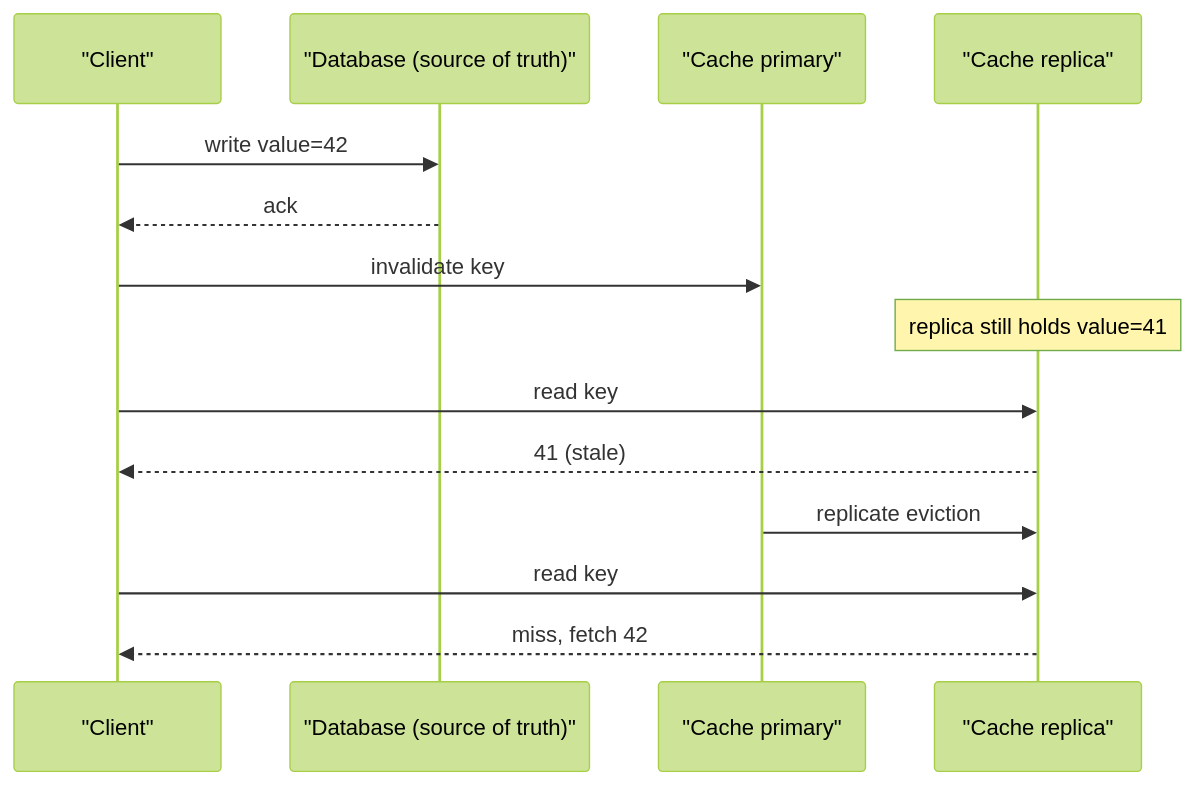
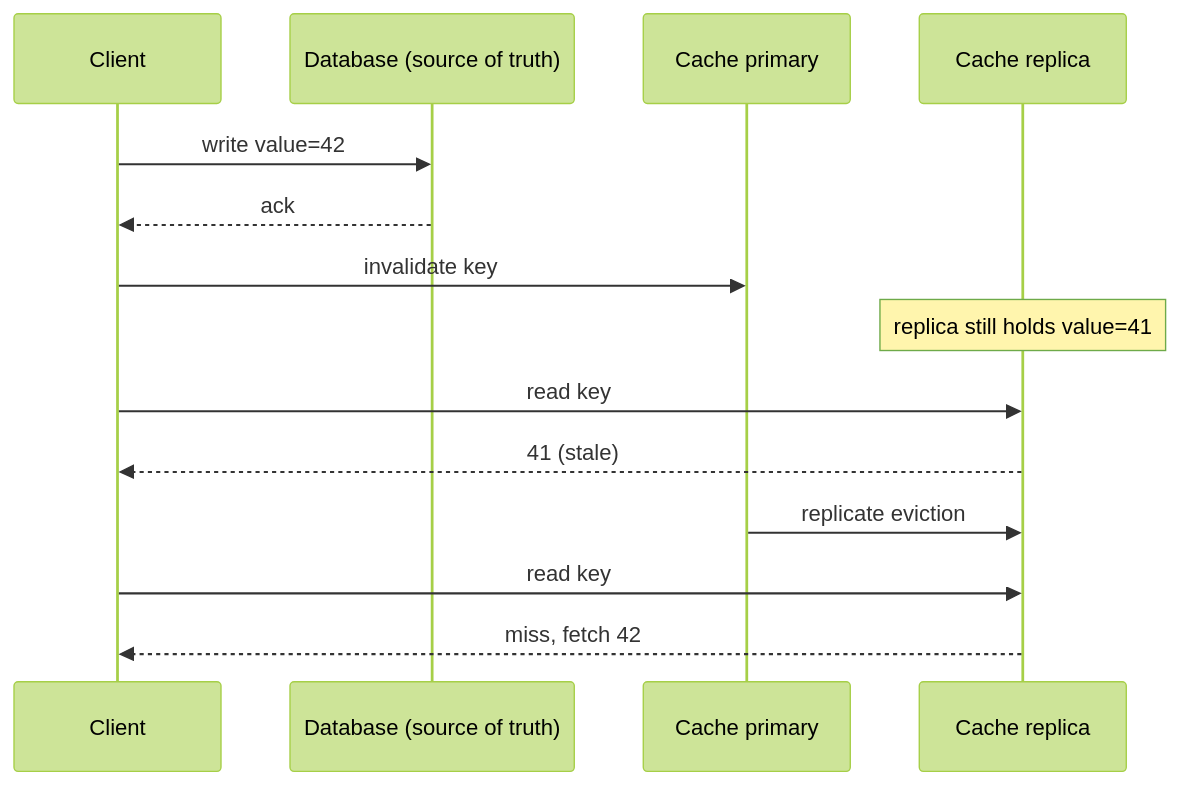
One commit to vabs/vabs.github.io changed the first of 2 diagrams in content/post/eventual-consistency-in-cache.md. Above: the diagram before and after it, drawn with Mermaid (forest theme). The commit also changed other lines of this file and 87 other files, not shown here.

First line of the commit message:
Fix: Readable mermaid diagrams and fact-check blog posts

```diff
--- a/content/post/eventual-consistency-in-cache.md
+++ b/content/post/eventual-consistency-in-cache.md
@@ -38,16 +38,16 @@
 {{< mermaid >}}
 sequenceDiagram
-  participant C as "Client"
-  participant DB as "Database (source of truth)"
-  participant P as "Cache primary"
-  participant R as "Cache replica"
+  participant C as Client
+  participant DB as Database (source of truth)
+  participant P as Cache primary
+  participant R as Cache replica
   C->>DB: write value=42
   DB-->>C: ack
   C->>P: invalidate key
   Note over R: replica still holds value=41
   C->>R: read key
   R-->>C: 41 (stale)
   P->>R: replicate eviction
   C->>R: read key
   R-->>C: miss, fetch 42
 {{< /mermaid >}}
```
